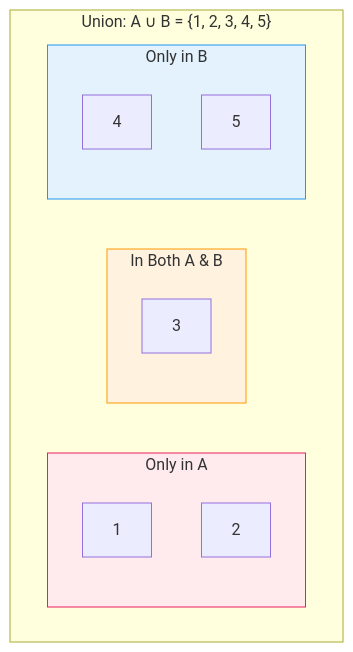
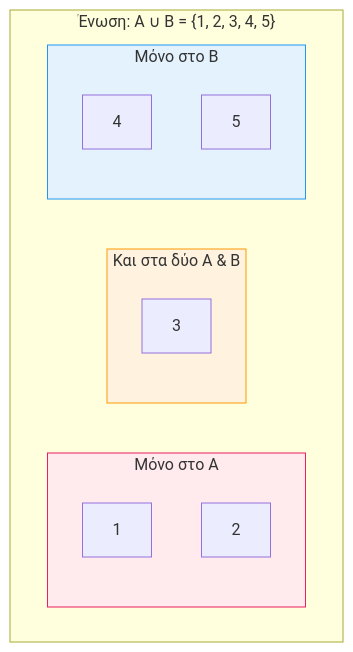
The third of 6 diagrams in Year_1/Semester_2/DISCRETE_MATHEMATICS/Resources/Notes/2_Operations & Venn Diagrams.md (PanagopoulosNikolaos/DitOpenNotes), drawn with Mermaid before and after one commit. The commit also changed other lines of this file and 8 other files, not shown here.

````diff
--- a/Year_1/Semester_2/DISCRETE_MATHEMATICS/Resources/Notes/2_Operations & Venn Diagrams.md
+++ b/Year_1/Semester_2/DISCRETE_MATHEMATICS/Resources/Notes/2_Operations & Venn Diagrams.md
@@ -75,22 +75,22 @@
 ```mermaid
 graph TD
-    subgraph Result [" Union: A ∪ B = {1, 2, 3, 4, 5}"]
-        subgraph OnlyA ["Only in A"]
+    subgraph Result [" Ένωση: A ∪ B = {1, 2, 3, 4, 5}"]
+        subgraph OnlyA ["Μόνο στο A"]
             style OnlyA fill:#ffebee,stroke:#e91e63
             ua1[1]
             ua2[2]
         end
         
-        subgraph Both ["In Both A & B"]
+        subgraph Both ["Και στα δύο A & B"]
             style Both fill:#fff3e0,stroke:#ff9800
             ub3[3]
         end
         
-        subgraph OnlyB ["Only in B"]
+        subgraph OnlyB ["Μόνο στο B"]
             style OnlyB fill:#e3f2fd,stroke:#2196f3
             ub4[4]
             ub5[5]
         end
     end
 
 ```
````
